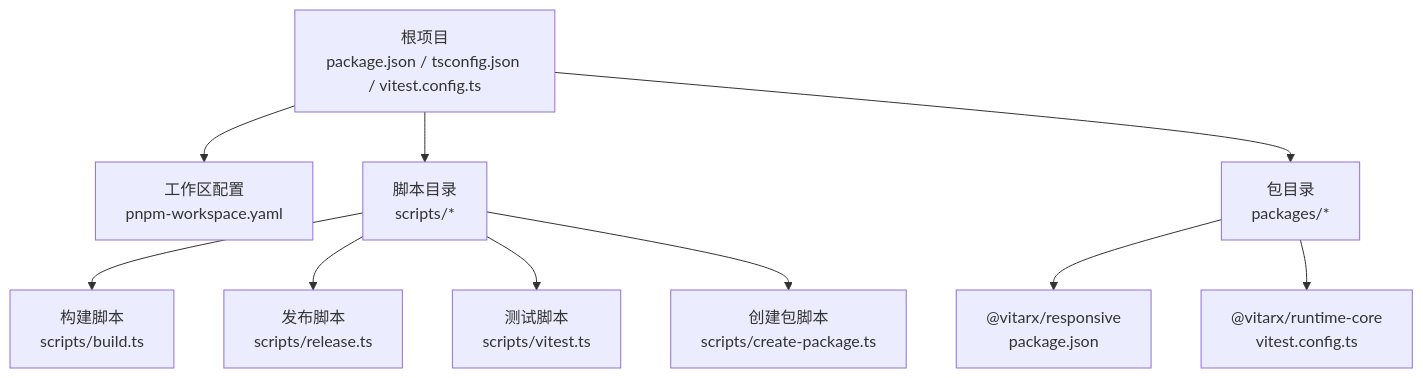
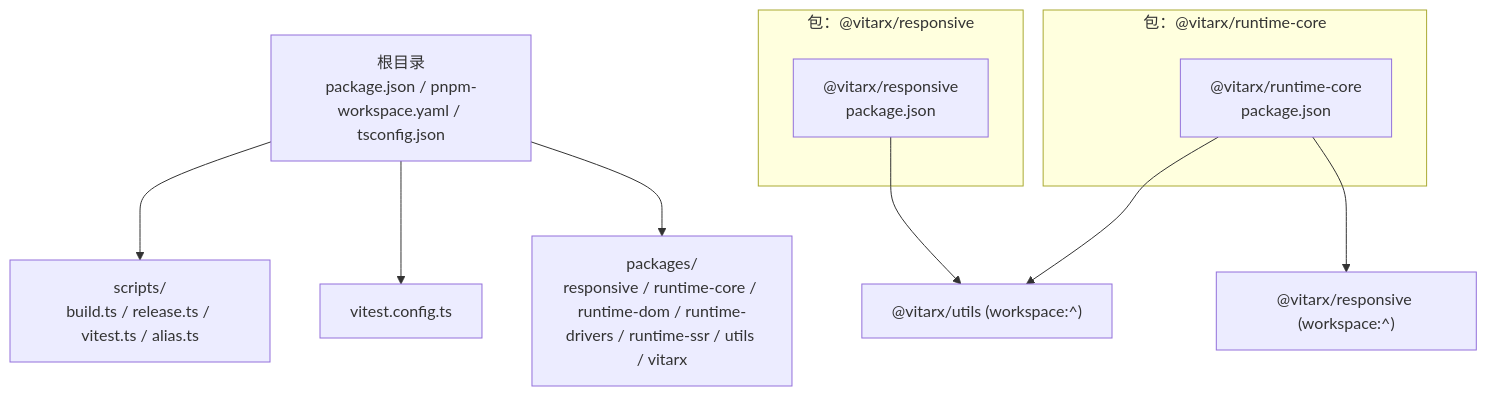
One commit to vitarx-lib/core changed the first of 5 diagrams in .qoder/repowiki/zh/content/贡献指南.md. Above: the diagram before and after it, drawn with Mermaid. The commit also changed other lines of this file and 62 other files, not shown here.

````diff
--- a/.qoder/repowiki/zh/content/贡献指南.md
+++ b/.qoder/repowiki/zh/content/贡献指南.md
@@ -40,12 +39,15 @@
 ```mermaid
 graph TB
-Root["根项目<br/>package.json / tsconfig.json / vitest.config.ts"] --> Work["工作区配置<br/>pnpm-workspace.yaml"]
-Root --> Scripts["脚本目录<br/>scripts/*"]
-Root --> Packages["包目录<br/>packages/*"]
-Scripts --> Build["构建脚本<br/>scripts/build.ts"]
-Scripts --> Release["发布脚本<br/>scripts/release.ts"]
-Scripts --> VitestRunner["测试脚本<br/>scripts/vitest.ts"]
-Scripts --> CreatePkg["创建包脚本<br/>scripts/create-package.ts"]
-Packages --> PResponsive["@vitarx/responsive<br/>package.json"]
-Packages --> PRuntimeCore["@vitarx/runtime-core<br/>vitest.config.ts"]
+Root["根目录<br/>package.json / pnpm-workspace.yaml / tsconfig.json"] --> Scripts["scripts/<br/>build.ts / release.ts / vitest.ts / alias.ts"]
+Root --> VitestCfg["vitest.config.ts"]
+Root --> Packages["packages/<br/>responsive / runtime-core / runtime-dom / runtime-drivers / runtime-ssr / utils / vitarx"]
+subgraph "包：@vitarx/responsive"
+Resp["@vitarx/responsive<br/>package.json"]
+end
+subgraph "包：@vitarx/runtime-core"
+RTC["@vitarx/runtime-core<br/>package.json"]
+end
+Resp --> UtilsDep["@vitarx/utils (workspace:^)"]
+RTC --> RespDep["@vitarx/responsive (workspace:^)"]
+RTC --> UtilsDep
 ```
````
